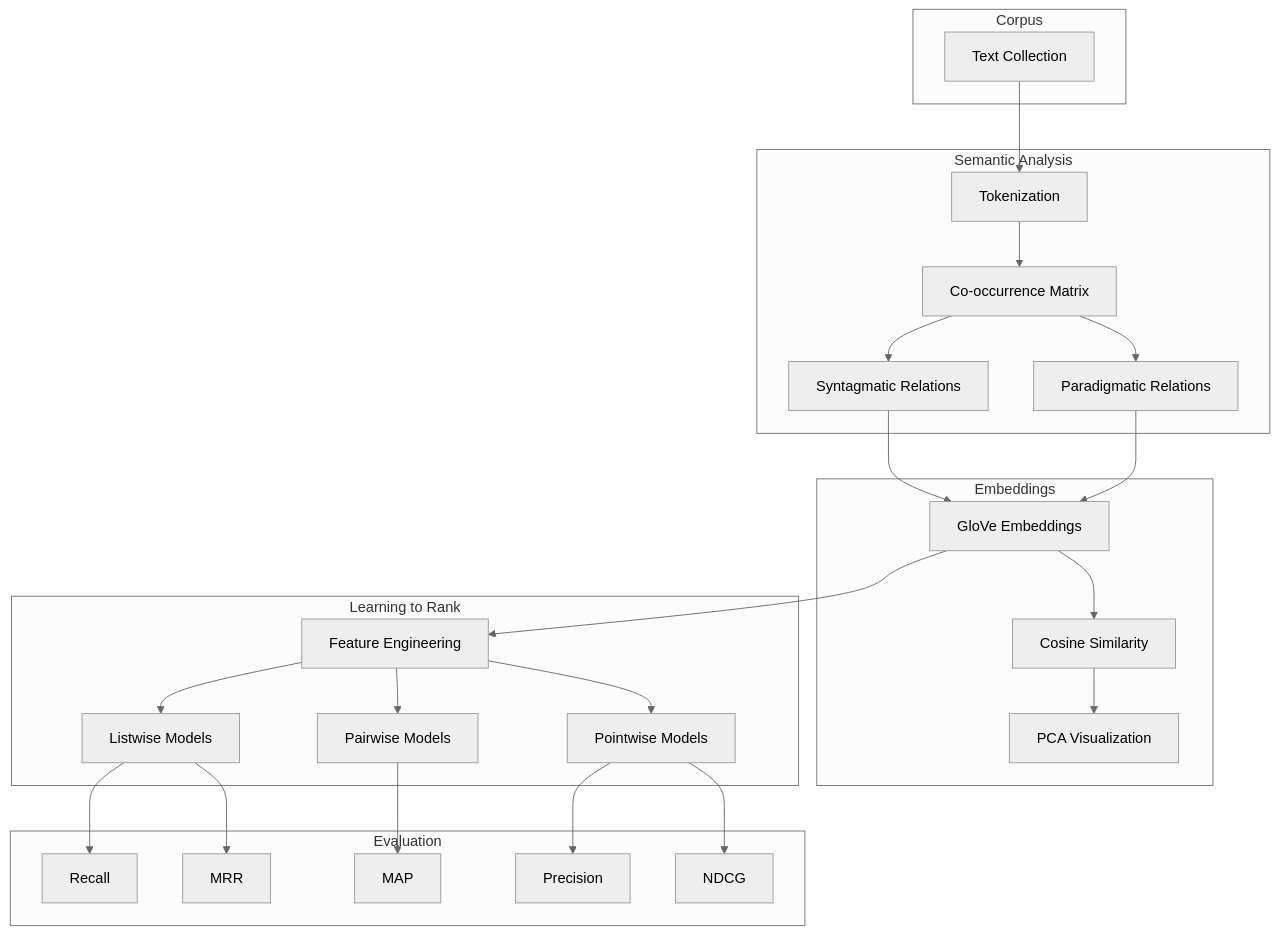
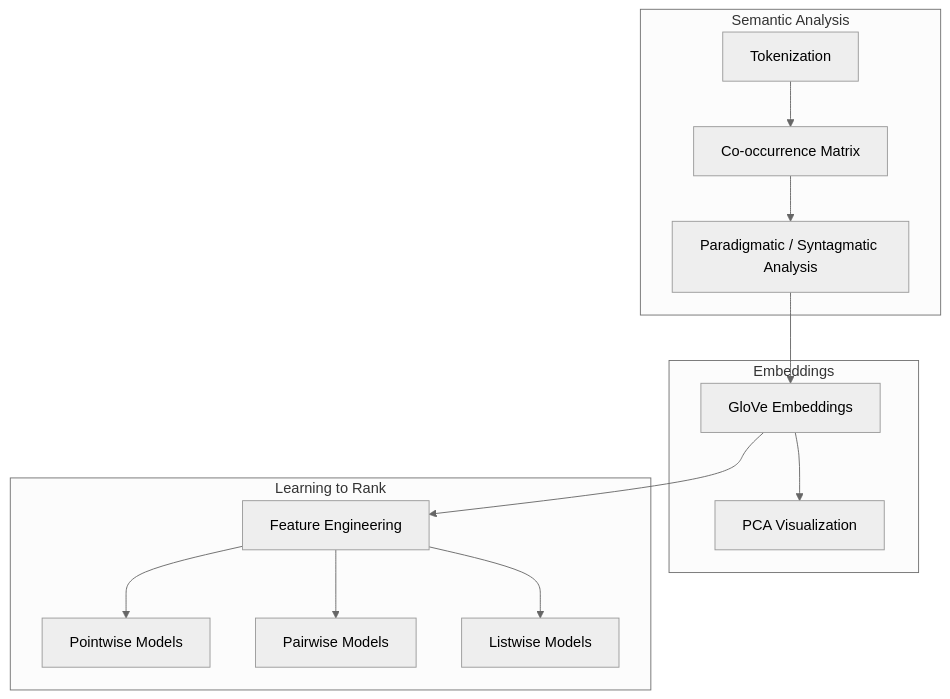
The diagram in README.md (farzadjannati/-Advanced-Information-Retrieval-with-Distributional-Semantics-Word-Embeddings-and-Learning-to-Rank), drawn with Mermaid (neutral theme) before and after one commit. The commit also changed other lines of this file, not shown here.

````diff
--- a/README.md
+++ b/README.md
@@ -135,60 +58,30 @@
 ```mermaid
 flowchart TB
-
-subgraph Corpus
-A[Text Collection]
-end
 
 subgraph Semantic Analysis
 B[Tokenization]
 C[Co-occurrence Matrix]
-D[Paradigmatic Relations]
-E[Syntagmatic Relations]
+D[Paradigmatic / Syntagmatic Analysis]
 end
 
 subgraph Embeddings
 F[GloVe Embeddings]
-G[Cosine Similarity]
 H[PCA Visualization]
 end
 
 subgraph Learning to Rank
 I[Feature Engineering]
 J[Pointwise Models]
 K[Pairwise Models]
 L[Listwise Models]
 end
 
-subgraph Evaluation
-M[NDCG]
-N[MAP]
-O[MRR]
-P[Precision]
-Q[Recall]
-end
-
-A --> B
 B --> C
-
 C --> D
-C --> E
-
 D --> F
-E --> F
-
-F --> G
-G --> H
-
+F --> H
 F --> I
-
 I --> J
 I --> K
 I --> L
-
-J --> M
-K --> N
-L --> O
-
-J --> P
-L --> Q
 ```
````
